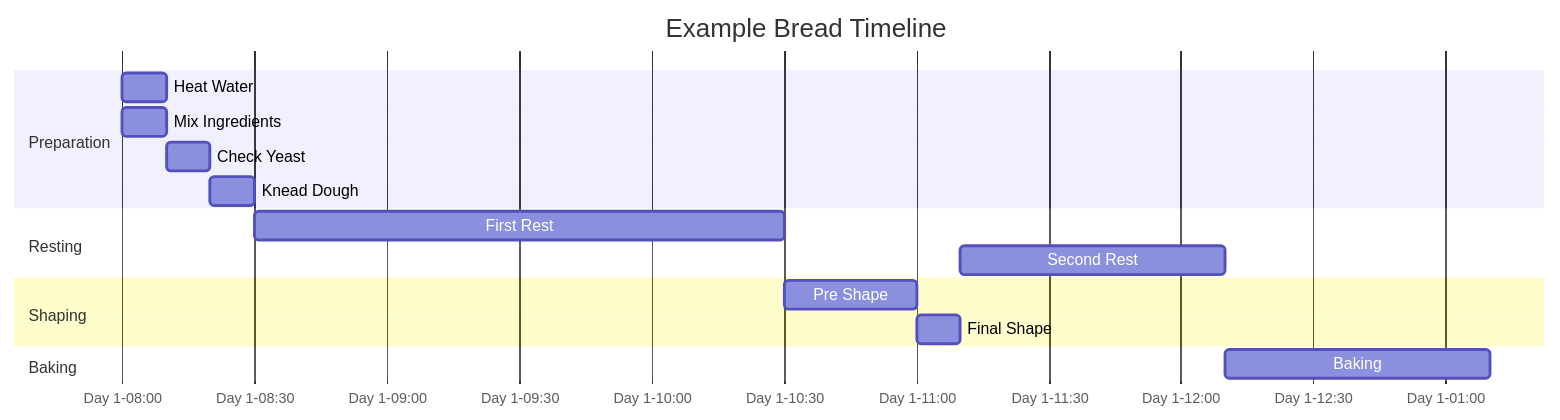
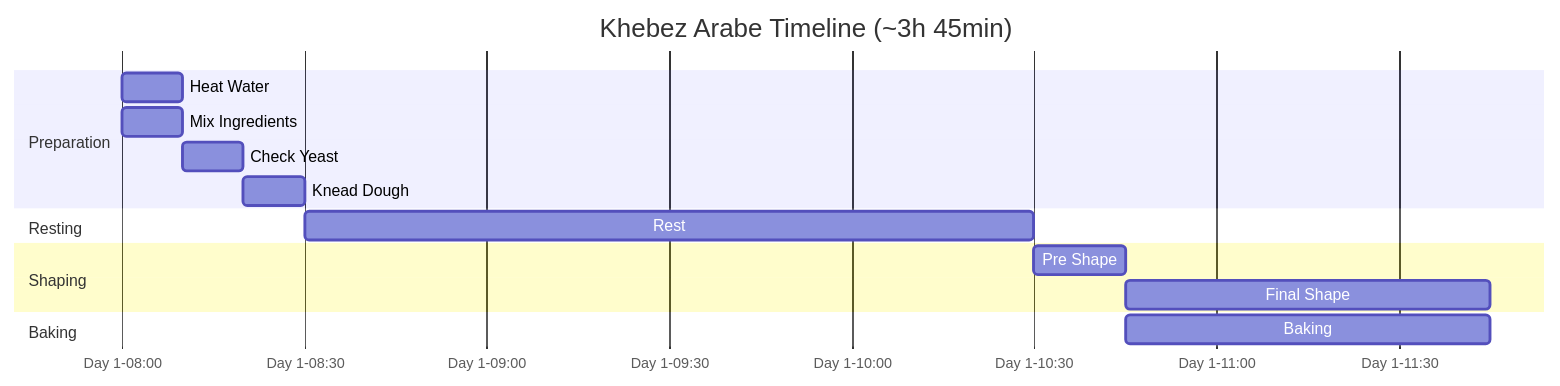
One commit to usfkhoury/blog changed the diagram in content/blog/yk1-khebez_arabe.md. Above: the diagram before and after it, drawn with Mermaid. The commit also changed other lines of this file and 1 other file, not shown here.

Commit message:
Start yk1-khebez_arabe.md

```diff
--- a/content/blog/yk1-khebez_arabe.md
+++ b/content/blog/yk1-khebez_arabe.md
@@ -39,19 +29,18 @@
 {{< mermaid >}}
 gantt
 	dateFormat  DD-HH:mm
 	axisFormat  Day%e-%I:%M
-	title Example Bread Timeline
+	title Khebez Arabe Timeline (~3h 45min)
 	section Preparation
 		Heat Water               :prep1, 01-08:00, 10m
 		Mix Ingredients      	 :prep2, 01-08:00, 10m
 		Check Yeast				 :prep3, after prep2, 10m
 		Knead Dough				 :prep4, after prep3, 10m
 	section Resting
-		First Rest				 :rest1, after prep4, 2h
-		Second Rest				 :rest2, after shape2, 1h
+		Rest				 	 :rest1, after prep4, 2h
 	section Shaping
-		Pre Shape				 :shape1, after rest1, 30m
-		Final Shape				 :shape2, after shape1, 10m
+		Pre Shape				 :shape1, after rest1, 15m
+		Final Shape				 :shape2, after shape1, 1h
 	section Baking
-		Baking				 	 :bake1, after rest2, 1h
+		Baking				 	 :bake1, after shape1, 1h
 {{< /mermaid >}}
```
